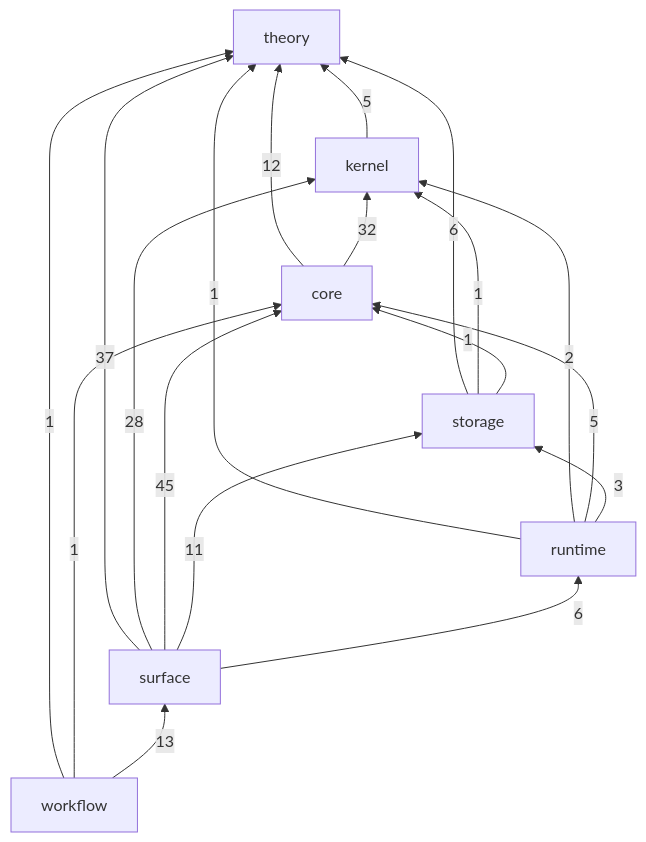
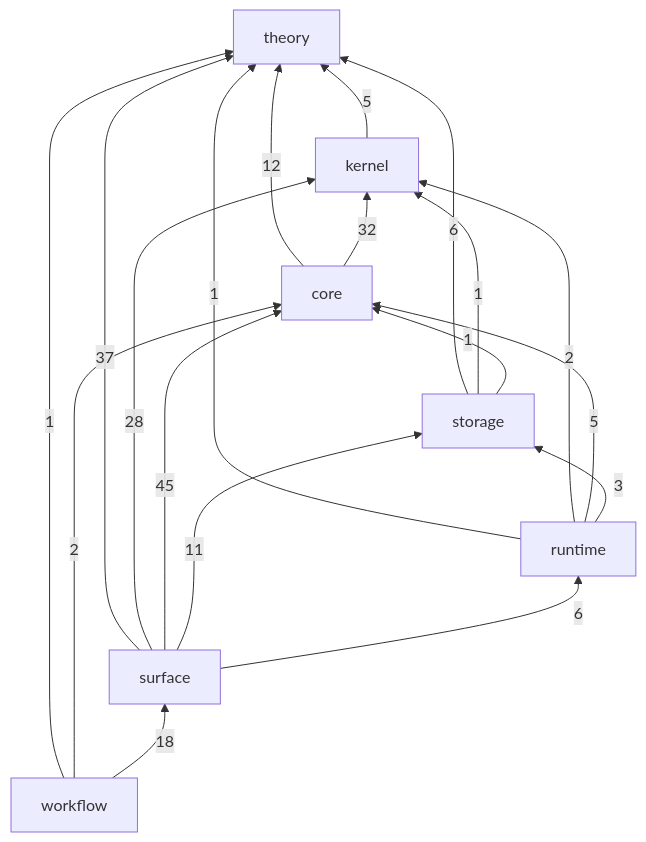
One commit to gandr-lang/gandr changed the diagram in ledger/README.md. Above: the diagram before and after it, drawn with Mermaid. The commit also changed 11 other files, not shown here.

````diff
--- a/ledger/README.md
+++ b/ledger/README.md
@@ -30,28 +30,28 @@
 ```mermaid
 flowchart BT
   theory
   kernel
   core
   storage
   runtime
   surface
   workflow
   kernel -->|5| theory
   core -->|12| theory
   core -->|32| kernel
   storage -->|6| theory
   storage -->|1| kernel
   storage -->|1| core
   runtime -->|1| theory
   runtime -->|2| kernel
   runtime -->|5| core
   runtime -->|3| storage
   surface -->|37| theory
   surface -->|28| kernel
   surface -->|45| core
   surface -->|11| storage
   surface -->|6| runtime
   workflow -->|1| theory
-  workflow -->|1| core
-  workflow -->|13| surface
+  workflow -->|2| core
+  workflow -->|18| surface
 ```
````
